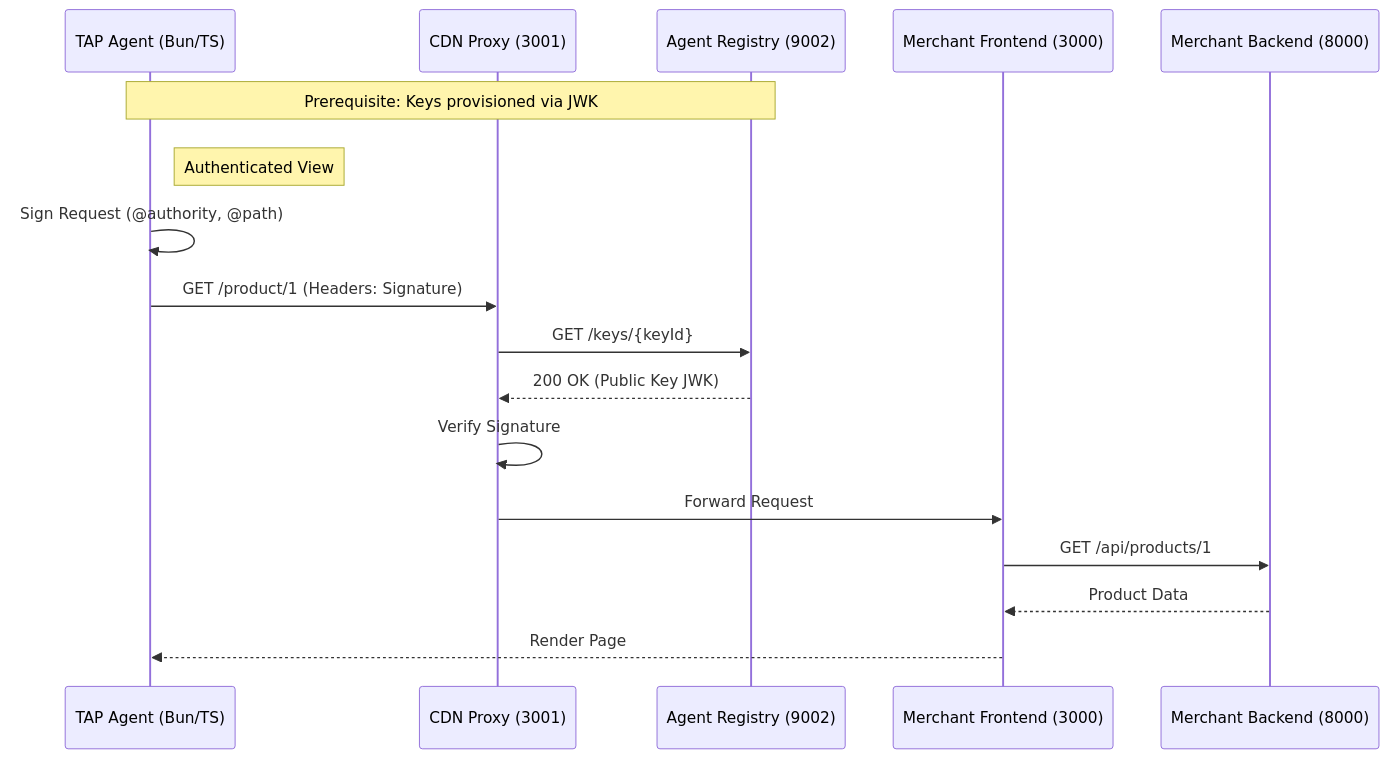
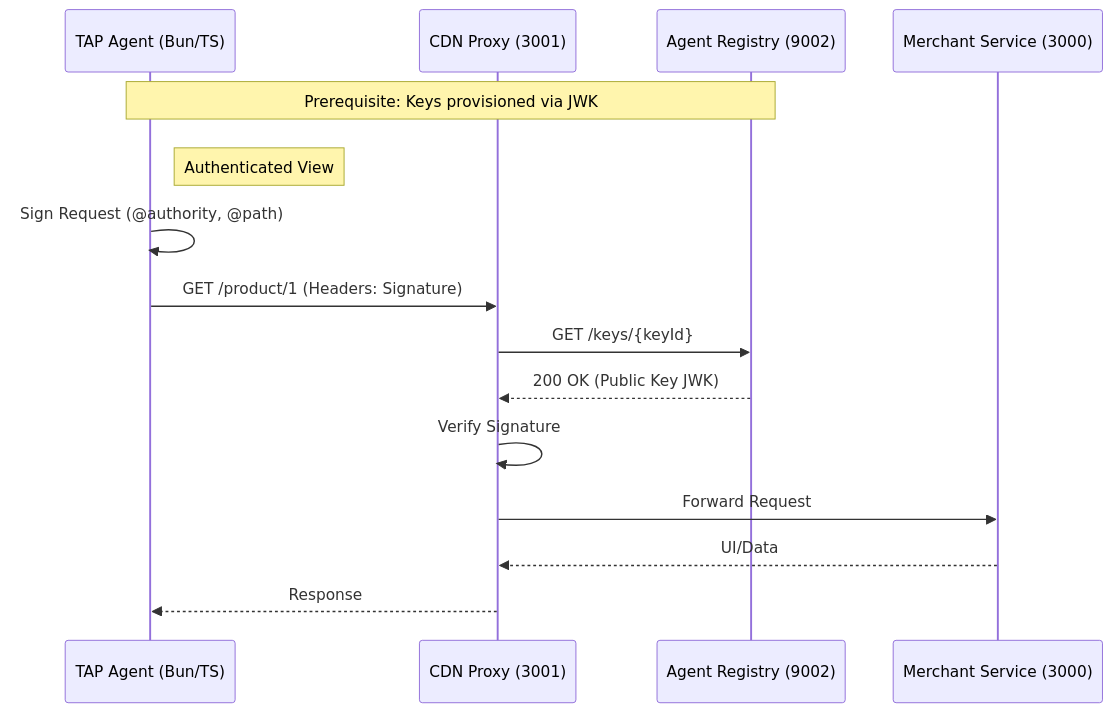
Before and after one commit to JL2718/trusted-agent-protocol: the first of 2 diagrams in system.md, drawn with Mermaid. The commit also changed other lines of this file, not shown here.

Commit message:
unified merchant service

````diff
--- a/system.md
+++ b/system.md
@@ -120,23 +110,21 @@
 ```mermaid
 sequenceDiagram
     participant A as TAP Agent (Bun/TS)
     participant C as CDN Proxy (3001)
     participant R as Agent Registry (9002)
-    participant F as Merchant Frontend (3000)
-    participant B as Merchant Backend (8000)
+    participant M as Merchant Service (3000)
     
     Note over A, R: Prerequisite: Keys provisioned via JWK
     
     rect rgba(0, 0, 0, 0)
     Note right of A: Authenticated View
     A->>A: Sign Request (@authority, @path)
     A->>C: GET /product/1 (Headers: Signature)
     C->>R: GET /keys/{keyId}
     R-->>C: 200 OK (Public Key JWK)
     C->>C: Verify Signature
-    C->>F: Forward Request
-    F->>B: GET /api/products/1
-    B-->>F: Product Data
-    F-->>A: Render Page
+    C->>M: Forward Request
+    M-->>C: UI/Data
+    C-->>A: Response
     end
 ```
````
